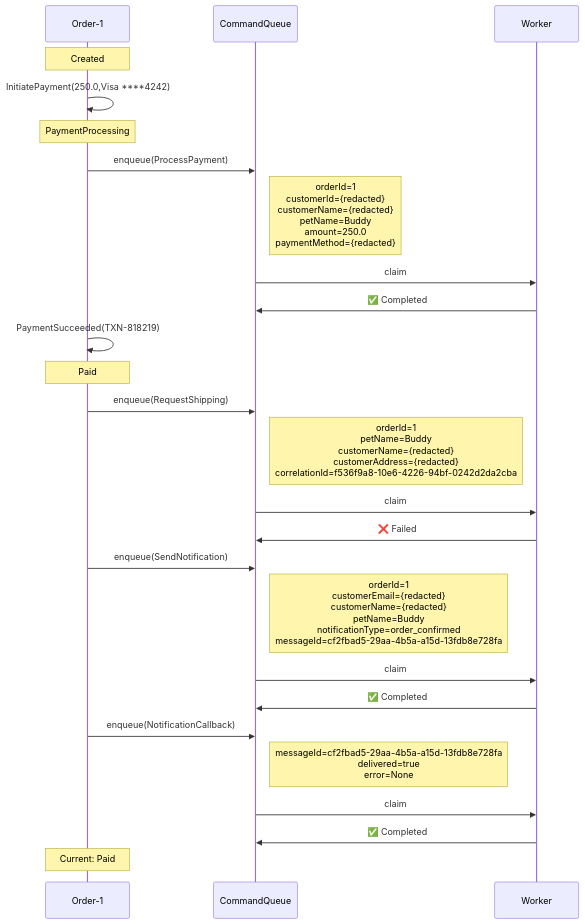
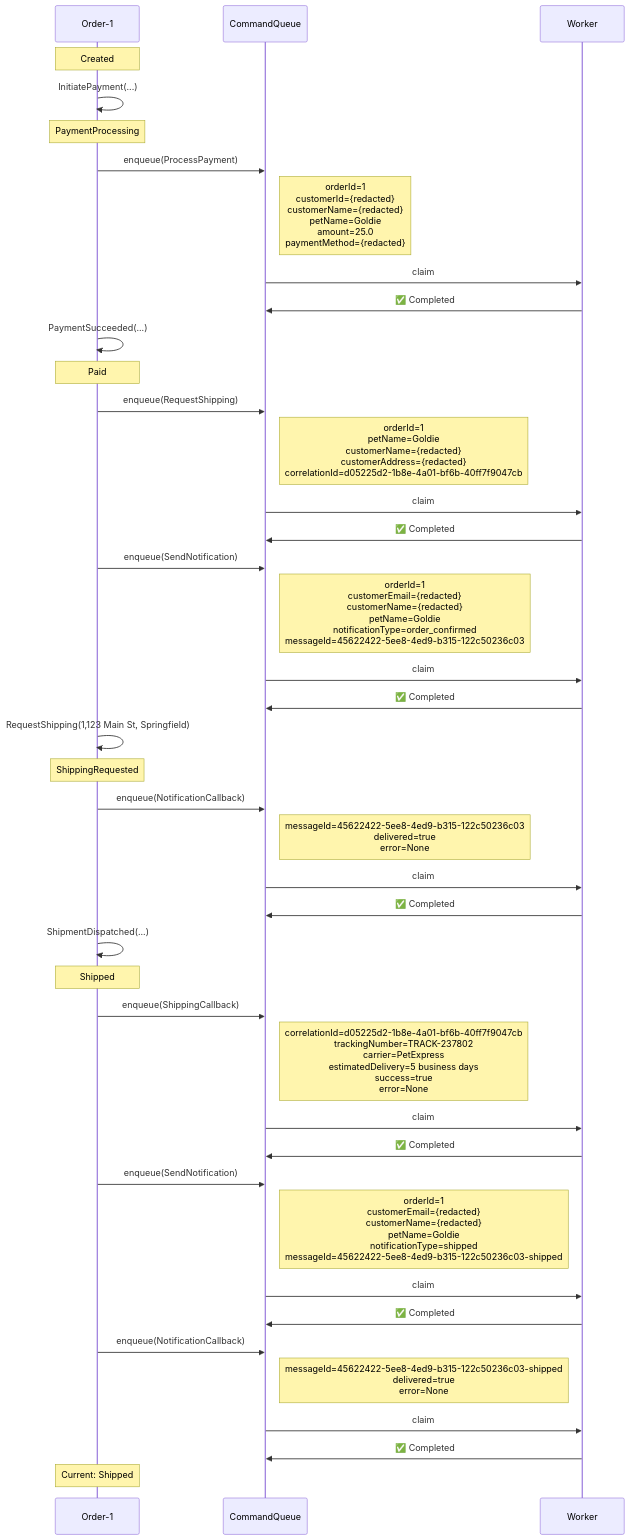
One commit to Iterable/mechanoid changed the first of 3 diagrams in docs/visualizations/order-1-trace.md. Above: the diagram before and after it, drawn with Mermaid. The commit also changed other lines of this file and 52 other files, not shown here.

````diff
--- a/docs/visualizations/order-1-trace.md
+++ b/docs/visualizations/order-1-trace.md
@@ -12,30 +11,46 @@
 ```mermaid
 %%{init: {'themeCSS': '.noteText { text-align: left !important; }'}}%%
 sequenceDiagram
     participant FSM as Order-1
     participant CQ as CommandQueue
     participant W as Worker
 
     Note over FSM: Created
-    FSM->>FSM: InitiatePayment(250.0,Visa ****4242)
+    FSM->>FSM: InitiatePayment(...)
     Note over FSM: PaymentProcessing
     FSM->>CQ: enqueue(ProcessPayment)
-    Note right of CQ: orderId=1<br/>customerId={redacted}<br/>customerName={redacted}<br/>petName=Buddy<br/>amount=250.0<br/>paymentMethod={redacted}
+    Note right of CQ: orderId=1<br/>customerId={redacted}<br/>customerName={redacted}<br/>petName=Goldie<br/>amount=25.0<br/>paymentMethod={redacted}
     CQ->>W: claim
     W->>CQ: ✅ Completed
-    FSM->>FSM: PaymentSucceeded(TXN-818219)
+    FSM->>FSM: PaymentSucceeded(...)
     Note over FSM: Paid
     FSM->>CQ: enqueue(RequestShipping)
-    Note right of CQ: orderId=1<br/>petName=Buddy<br/>customerName={redacted}<br/>customerAddress={redacted}<br/>correlationId=f536f9a8-10e6-4226-94bf-0242d2da2cba
+    Note right of CQ: orderId=1<br/>petName=Goldie<br/>customerName={redacted}<br/>customerAddress={redacted}<br/>correlationId=d05225d2-1b8e-4a01-bf6b-40ff7f9047cb
     CQ->>W: claim
-    W->>CQ: ❌ Failed
+    W->>CQ: ✅ Completed
     FSM->>CQ: enqueue(SendNotification)
-    Note right of CQ: orderId=1<br/>customerEmail={redacted}<br/>customerName={redacted}<br/>petName=Buddy<br/>notificationType=order_confirmed<br/>messageId=cf2fbad5-29aa-4b5a-a15d-13fdb8e728fa
+    Note right of CQ: orderId=1<br/>customerEmail={redacted}<br/>customerName={redacted}<br/>petName=Goldie<br/>notificationType=order_confirmed<br/>messageId=45622422-5ee8-4ed9-b315-122c50236c03
+    CQ->>W: claim
+    W->>CQ: ✅ Completed
+    FSM->>FSM: RequestShipping(1,123 Main St, Springfield)
+    Note over FSM: ShippingRequested
+    FSM->>CQ: enqueue(NotificationCallback)
+    Note right of CQ: messageId=45622422-5ee8-4ed9-b315-122c50236c03<br/>delivered=true<br/>error=None
+    CQ->>W: claim
+    W->>CQ: ✅ Completed
+    FSM->>FSM: ShipmentDispatched(...)
+    Note over FSM: Shipped
+    FSM->>CQ: enqueue(ShippingCallback)
+    Note right of CQ: correlationId=d05225d2-1b8e-4a01-bf6b-40ff7f9047cb<br/>trackingNumber=TRACK-237802<br/>carrier=PetExpress<br/>estimatedDelivery=5 business days<br/>success=true<br/>error=None
+    CQ->>W: claim
+    W->>CQ: ✅ Completed
+    FSM->>CQ: enqueue(SendNotification)
+    Note right of CQ: orderId=1<br/>customerEmail={redacted}<br/>customerName={redacted}<br/>petName=Goldie<br/>notificationType=shipped<br/>messageId=45622422-5ee8-4ed9-b315-122c50236c03-shipped
     CQ->>W: claim
     W->>CQ: ✅ Completed
     FSM->>CQ: enqueue(NotificationCallback)
-    Note right of CQ: messageId=cf2fbad5-29aa-4b5a-a15d-13fdb8e728fa<br/>delivered=true<br/>error=None
+    Note right of CQ: messageId=45622422-5ee8-4ed9-b315-122c50236c03-shipped<br/>delivered=true<br/>error=None
     CQ->>W: claim
     W->>CQ: ✅ Completed
-    Note over FSM: Current: Paid
+    Note over FSM: Current: Shipped
 ```
````
